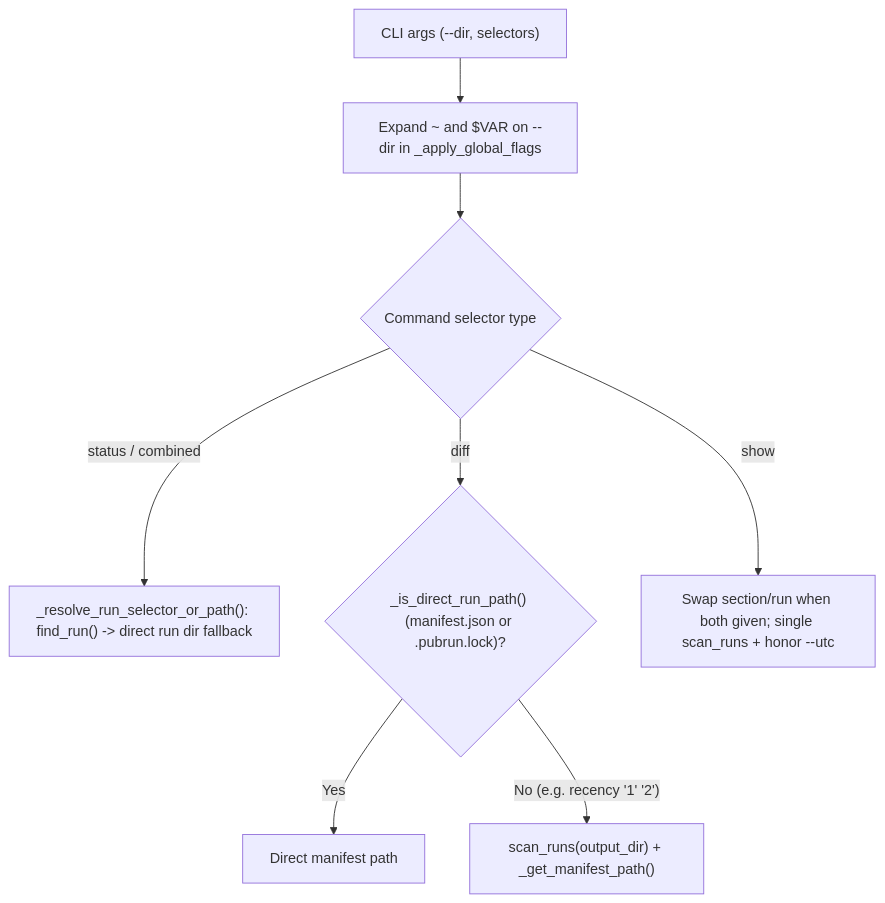
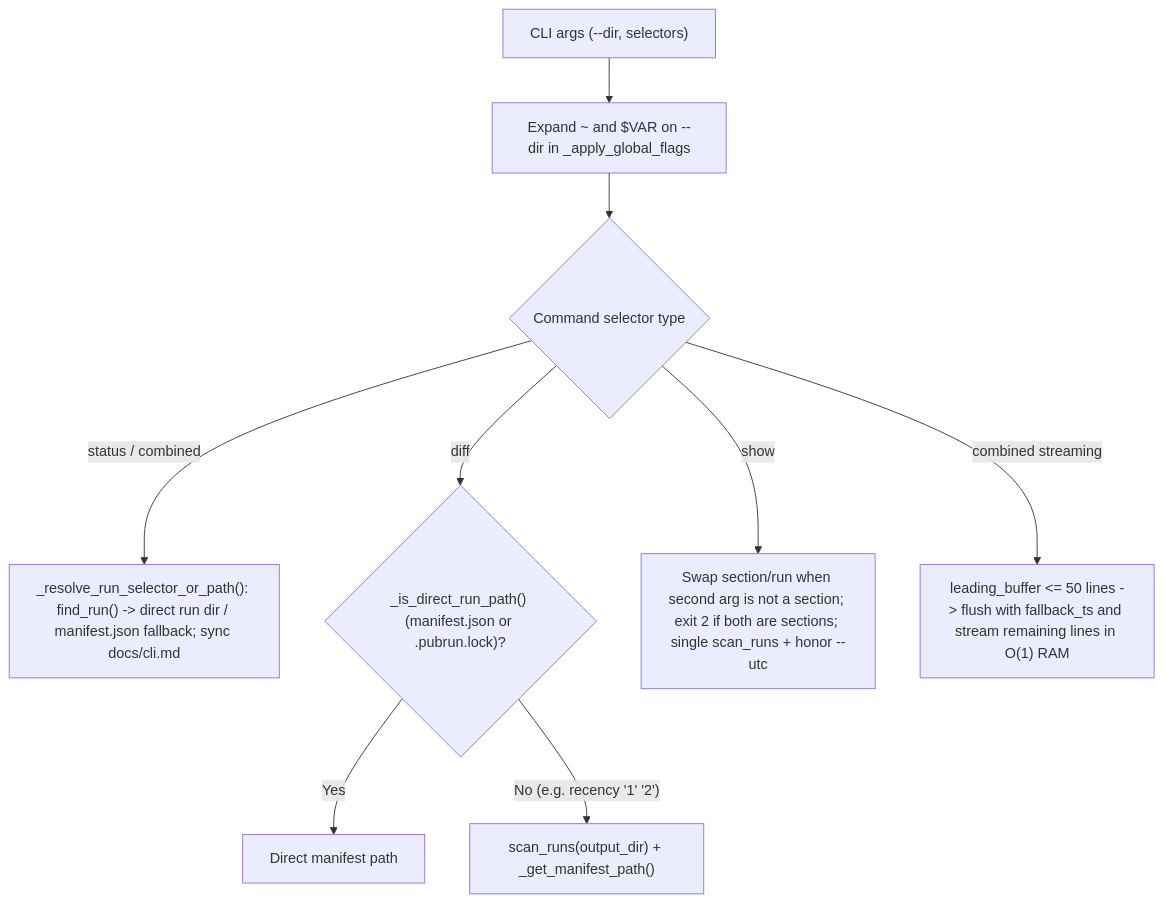
Before and after one commit to fariello/pubrun: the diagram in .aw/records/plans/pending/20261127-assess-bt-05-kk83rk-cli-selectors-combined-streaming-diff-array-rendering-and-di.ipd.md, drawn with Mermaid. The commit also changed other lines of this file and 1 other file, not shown here.

````diff
--- a/.aw/records/plans/pending/20261127-assess-bt-05-kk83rk-cli-selectors-combined-streaming-diff-array-rendering-and-di.ipd.md
+++ b/.aw/records/plans/pending/20261127-assess-bt-05-kk83rk-cli-selectors-combined-streaming-diff-array-rendering-and-di.ipd.md
@@ -32,10 +35,11 @@
 ```mermaid
 flowchart TD
     ARGS["CLI args (--dir, selectors)"] --> EXP["Expand ~ and $VAR on --dir in _apply_global_flags"]
     EXP --> SEL{"Command selector type"}
-    SEL -->|"status / combined"| HELPER["_resolve_run_selector_or_path(): find_run() -> direct run dir fallback"]
+    SEL -->|"status / combined"| HELPER["_resolve_run_selector_or_path(): find_run() -> direct run dir / manifest.json fallback; sync docs/cli.md"]
     SEL -->|"diff"| DIRECT{"_is_direct_run_path() (manifest.json or .pubrun.lock)?"}
     DIRECT -->|"Yes"| FAST["Direct manifest path"]
     DIRECT -->|"No (e.g. recency '1' '2')"| SCAN["scan_runs(output_dir) + _get_manifest_path()"]
-    SEL -->|"show <section> <run>"| SWAP["Swap section/run when both given; single scan_runs + honor --utc"]
+    SEL -->|"show <section> <run>"| SWAP["Swap section/run when second arg is not a section; exit 2 if both are sections; single scan_runs + honor --utc"]
+    SEL -->|"combined streaming"| BOUND["leading_buffer <= 50 lines -> flush with fallback_ts and stream remaining lines in O(1) RAM"]
 ```
````
